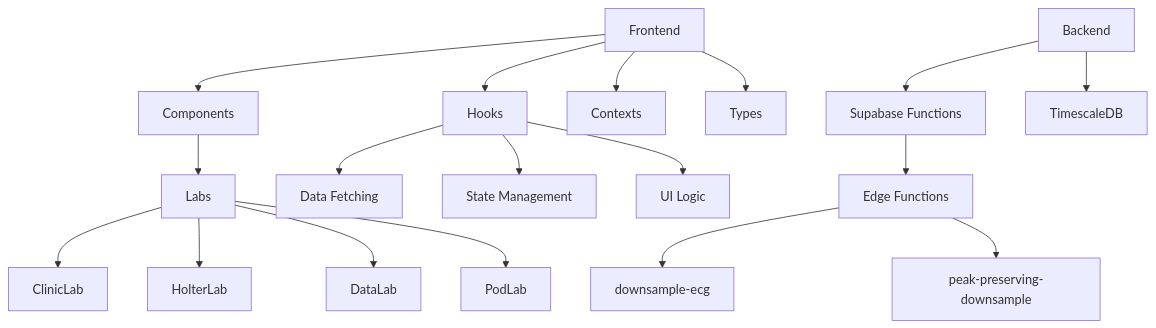
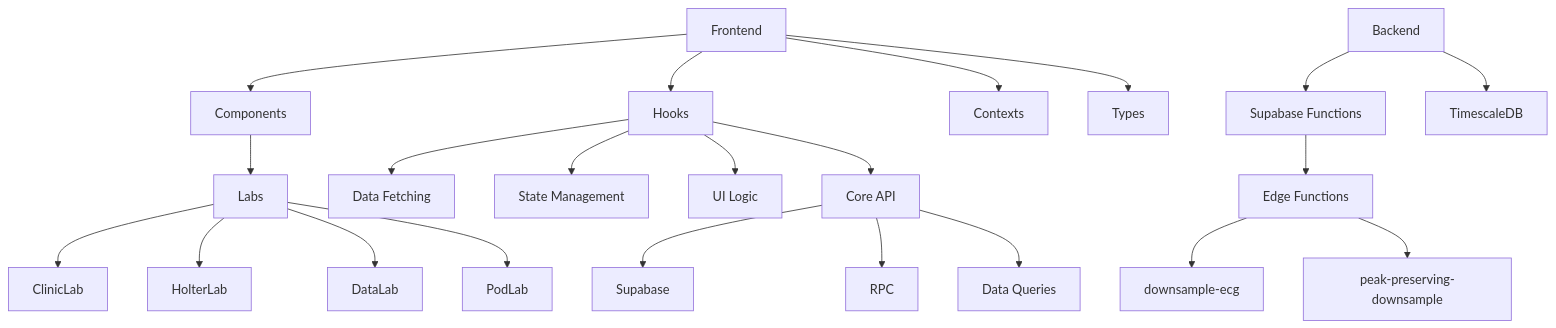
One commit to yangsi7/ecg-lab-playground changed the diagram in ARCHITECTURE.md. Above: the diagram before and after it, drawn with Mermaid. The commit also changed other lines of this file and 107 other files, not shown here.

````diff
--- a/ARCHITECTURE.md
+++ b/ARCHITECTURE.md
@@ -5,23 +5,28 @@
 ```mermaid
 graph TD
     A[Frontend] --> B[Components]
     A --> C[Hooks]
     A --> D[Contexts]
     A --> E[Types]
     F[Backend] --> G[Supabase Functions]
     F --> H[TimescaleDB]
     
     B --> B1[Labs]
     B1 --> B11[ClinicLab]
     B1 --> B12[HolterLab]
     B1 --> B13[DataLab]
     B1 --> B14[PodLab]
     
     C --> C1[Data Fetching]
     C --> C2[State Management]
     C --> C3[UI Logic]
+    C --> C4[Core API]
+    
+    C4 --> C41[Supabase]
+    C4 --> C42[RPC]
+    C4 --> C43[Data Queries]
     
     G --> G1[Edge Functions]
     G1 --> G11[downsample-ecg]
     G1 --> G12[peak-preserving-downsample]
 ```
````
